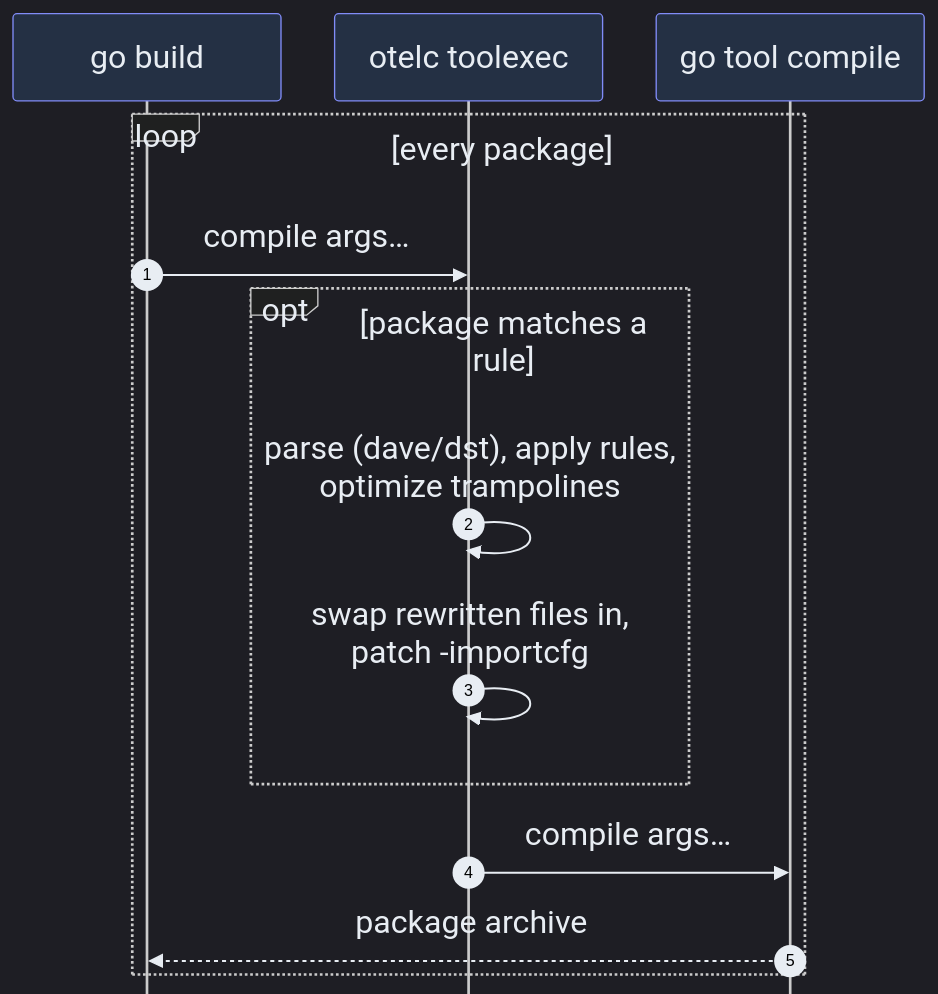
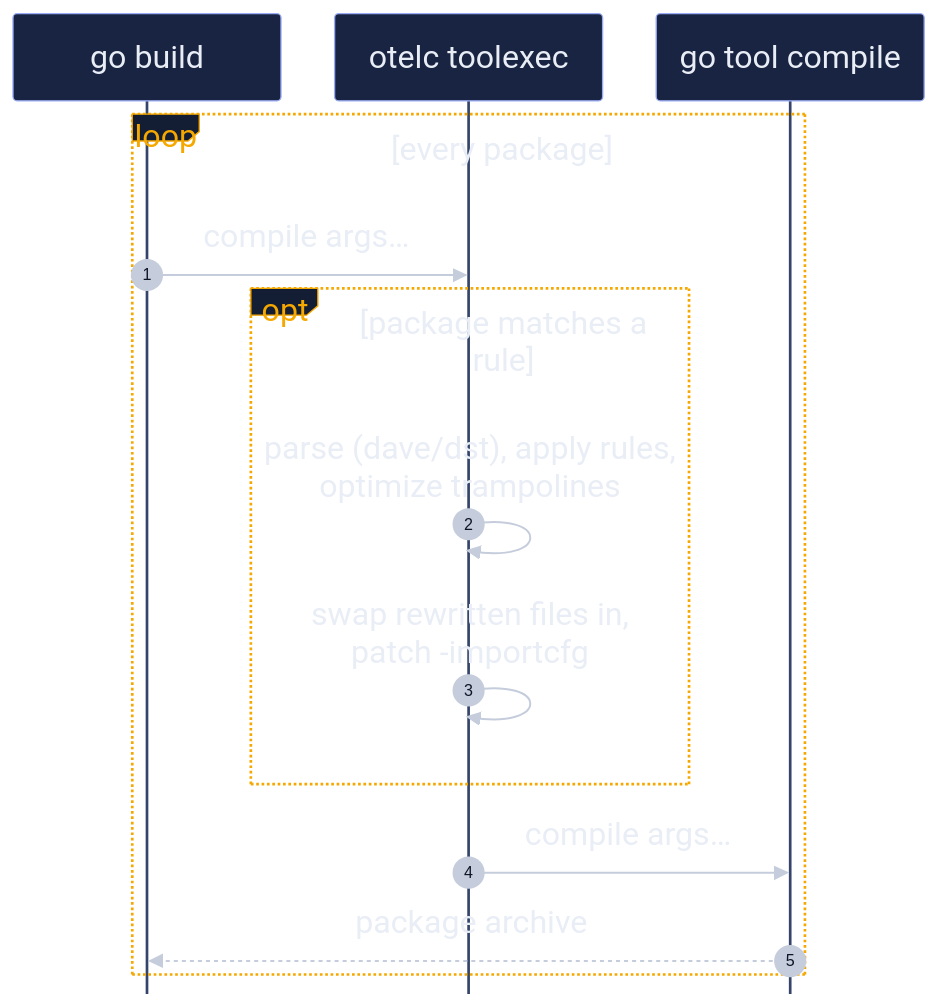
Before and after one commit to kakkoyun/otel-night-berlin-2026: the diagram in diagrams/otelc-toolexec.mmd, drawn with Mermaid. The commit also changed 8 other files, not shown here.

First line of the commit message:
feat(diagrams): render Mermaid diagrams in the deck palette

```diff
--- a/diagrams/otelc-toolexec.mmd
+++ b/diagrams/otelc-toolexec.mmd
@@ -1,15 +1,15 @@
-%%{init: {'theme':'dark','fontSize':24,'sequence':{'mirrorActors':false,'messageMargin':12,'boxMargin':10,'boxTextMargin':16,'diagramMarginY':5,'actorMargin':40,'width':200,'actorFontSize':24,'messageFontSize':24,'noteFontSize':24},'themeVariables':{'fontSize':'24px','primaryColor':'#243044','primaryTextColor':'#e8edf3','primaryBorderColor':'#818cf8','lineColor':'#94a3b8','secondaryColor':'#1a2332','tertiaryColor':'#0f1729','actorBkg':'#243044','actorBorder':'#818cf8','actorTextColor':'#e8edf3','signalColor':'#e8edf3','signalTextColor':'#e8edf3','noteBkgColor':'#f5a623','noteTextColor':'#0f1729','loopTextColor':'#e8edf3','labelTextColor':'#e8edf3'}}}%%
+%%{init: {'theme':'base','fontFamily':'Helvetica,Arial,sans-serif','fontSize':24,'sequence':{'mirrorActors':false,'messageMargin':12,'boxMargin':10,'boxTextMargin':16,'diagramMarginY':5,'actorMargin':40,'width':200,'actorFontSize':24,'messageFontSize':24,'noteFontSize':24},'themeVariables':{'fontFamily':'Helvetica,Arial,sans-serif','fontSize':'24px','background':'#0d1526','mainBkg':'#182441','primaryColor':'#182441','primaryTextColor':'#e9edf5','primaryBorderColor':'#9aabf5','nodeBorder':'#9aabf5','textColor':'#e9edf5','lineColor':'#8591ab','secondaryColor':'#131d33','tertiaryColor':'#131d33','clusterBkg':'#131d33','clusterBorder':'#34446a','titleColor':'#f5a800','edgeLabelBackground':'#0d1526','actorBkg':'#182441','actorBorder':'#9aabf5','actorTextColor':'#e9edf5','actorLineColor':'#34446a','signalColor':'#c5cddc','signalTextColor':'#e9edf5','labelBoxBkgColor':'#131d33','labelBoxBorderColor':'#f5a800','labelTextColor':'#f5a800','loopTextColor':'#e9edf5','noteBkgColor':'#f5a800','noteTextColor':'#0d1526','activationBkgColor':'#25324f','activationBorderColor':'#9aabf5','sequenceNumberColor':'#0d1526'}}}%%
 sequenceDiagram
   autonumber
   participant G as go build
   participant O as otelc toolexec
   participant C as go tool compile
   loop every package
     G->>O: compile args…
     opt package matches a rule
       O->>O: parse (dave/dst), apply rules,<br/>optimize trampolines
       O->>O: swap rewritten files in,<br/>patch -importcfg
     end
     O->>C: compile args…
     C-->>G: package archive
   end
```
